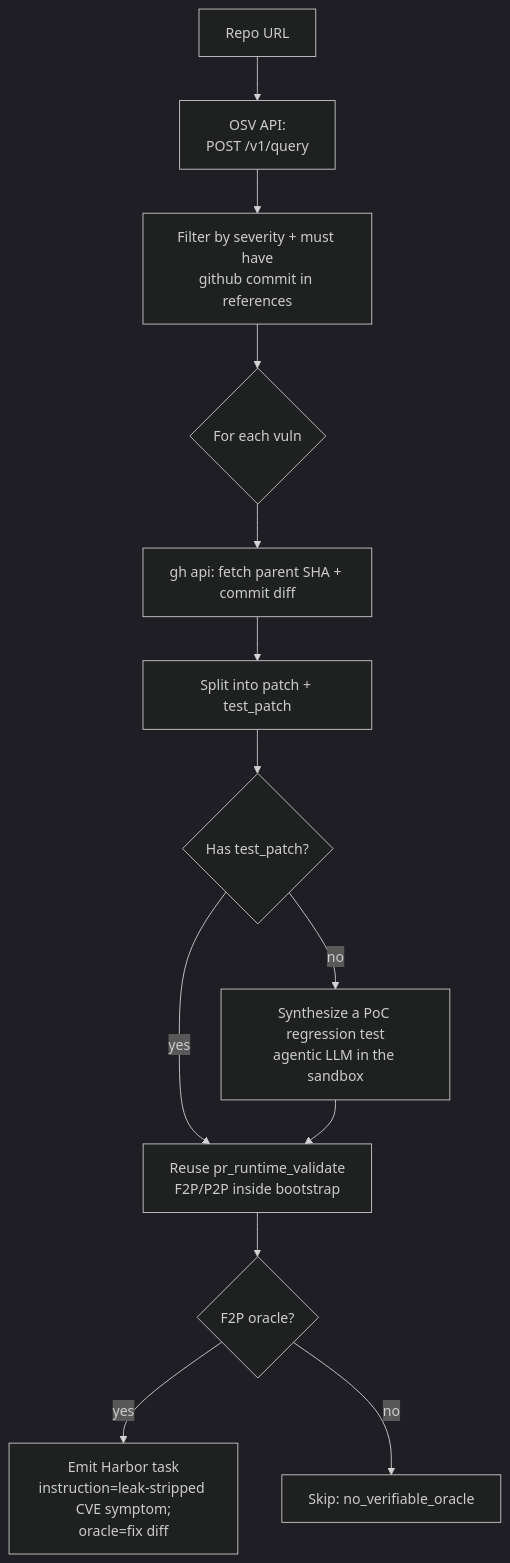
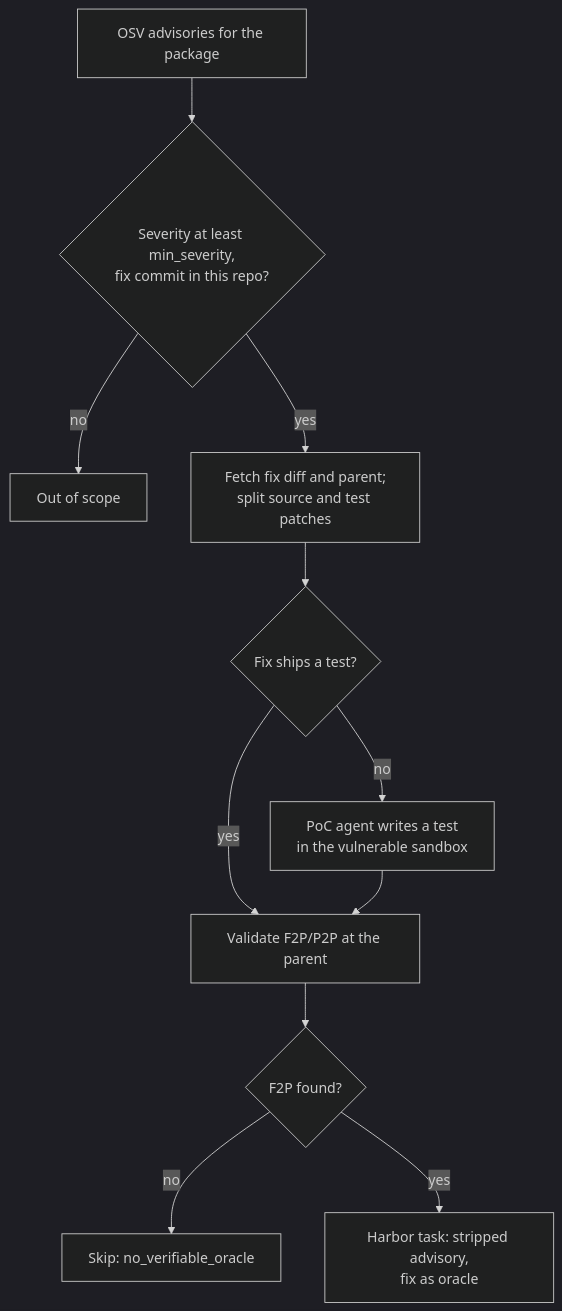
Before and after one commit to huggingface/Repo2RLEnv: the diagram in docs/pipelines/cve_patches.md, drawn with Mermaid (dark theme). The commit also changed other lines of this file and 176 other files, not shown here.

````diff
--- a/docs/pipelines/cve_patches.md
+++ b/docs/pipelines/cve_patches.md
@@ -26,15 +54,13 @@
 ```mermaid
 flowchart TD
-    A[Repo URL] --> B[OSV API:<br/>POST /v1/query]
-    B --> C[Filter by severity + must have<br/>github commit in references]
-    C --> D{For each vuln}
-    D --> E[gh api: fetch parent SHA + commit diff]
-    E --> F[Split into patch + test_patch]
-    F --> G{Has test_patch?}
-    G -- yes --> H[Reuse pr_runtime_validate<br/>F2P/P2P inside bootstrap]
-    G -- no --> P[Synthesize a PoC regression test<br/>agentic LLM in the sandbox]
-    P --> H
-    H --> K{F2P oracle?}
-    K -- yes --> J[Emit Harbor task<br/>instruction=leak-stripped CVE symptom;<br/>oracle=fix diff]
-    K -- no --> X[Skip: no_verifiable_oracle]
+  A["OSV advisories for the package"] --> B{"Severity at least min_severity,<br/>fix commit in this repo?"}
+  B -- no --> Z["Out of scope"]
+  B -- yes --> C["Fetch fix diff and parent;<br/>split source and test patches"]
+  C --> D{"Fix ships a test?"}
+  D -- yes --> V["Validate F2P/P2P at the parent"]
+  D -- no --> P["PoC agent writes a test<br/>in the vulnerable sandbox"]
+  P --> V
+  V --> E{"F2P found?"}
+  E -- no --> X["Skip: no_verifiable_oracle"]
+  E -- yes --> F["Harbor task: stripped advisory,<br/>fix as oracle"]
 ```
````
